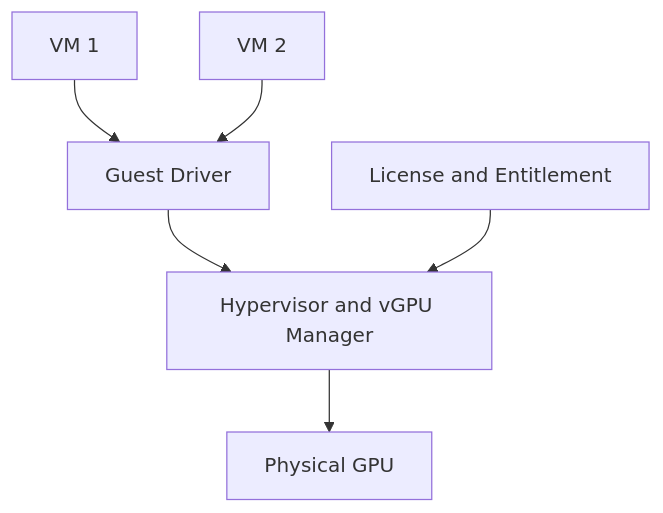
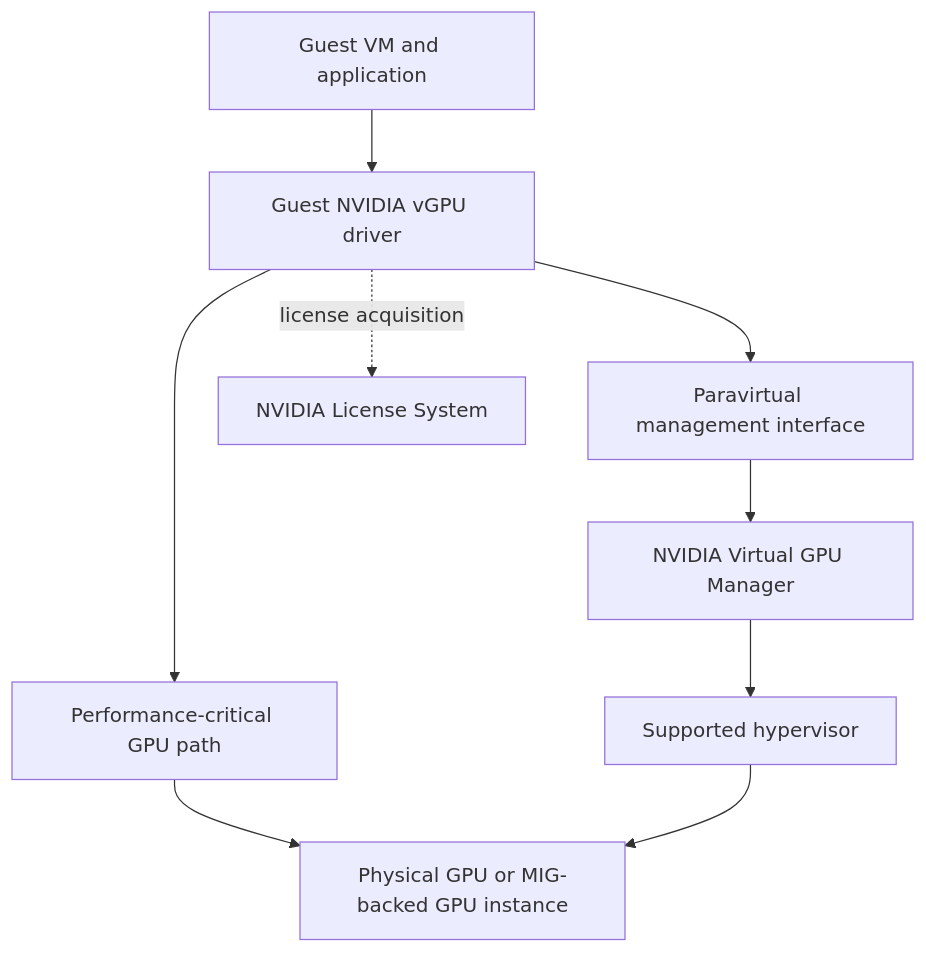
Before and after one commit to jithinpnjm/nvidia-devops: the first of 2 diagrams in docs/nvidia-zero-to-hero/volume-11/chapter-05-vgpu-architecture-and-enterprise-virtualization.md, drawn with Mermaid. The commit also changed other lines of this file and 3 other files, not shown here.

Commit message:
docs: expand volume 11 architecture chapters

````diff
--- a/docs/nvidia-zero-to-hero/volume-11/chapter-05-vgpu-architecture-and-enterprise-virtualization.md
+++ b/docs/nvidia-zero-to-hero/volume-11/chapter-05-vgpu-architecture-and-enterprise-virtualization.md
@@ -14,14 +32,16 @@
 ```mermaid
-flowchart TD
-    VM1[VM 1]
-    VM2[VM 2]
-    Guest[Guest Driver]
-    Hypervisor[Hypervisor and vGPU Manager]
-    GPU[Physical GPU]
-    License[License and Entitlement]
+flowchart TB
+    VM[Guest VM and application]
+    GD[Guest NVIDIA vGPU driver]
+    PV[Paravirtual management interface]
+    Fast[Performance-critical GPU path]
+    VGM[NVIDIA Virtual GPU Manager]
+    H[Supported hypervisor]
+    GPU[Physical GPU or MIG-backed GPU instance]
+    LS[NVIDIA License System]
 
-    VM1 --> Guest --> Hypervisor
-    VM2 --> Guest
-    Hypervisor --> GPU
-    License --> Hypervisor
+    VM --> GD
+    GD --> Fast --> GPU
+    GD --> PV --> VGM --> H --> GPU
+    GD -. license acquisition .-> LS
 ```
````
